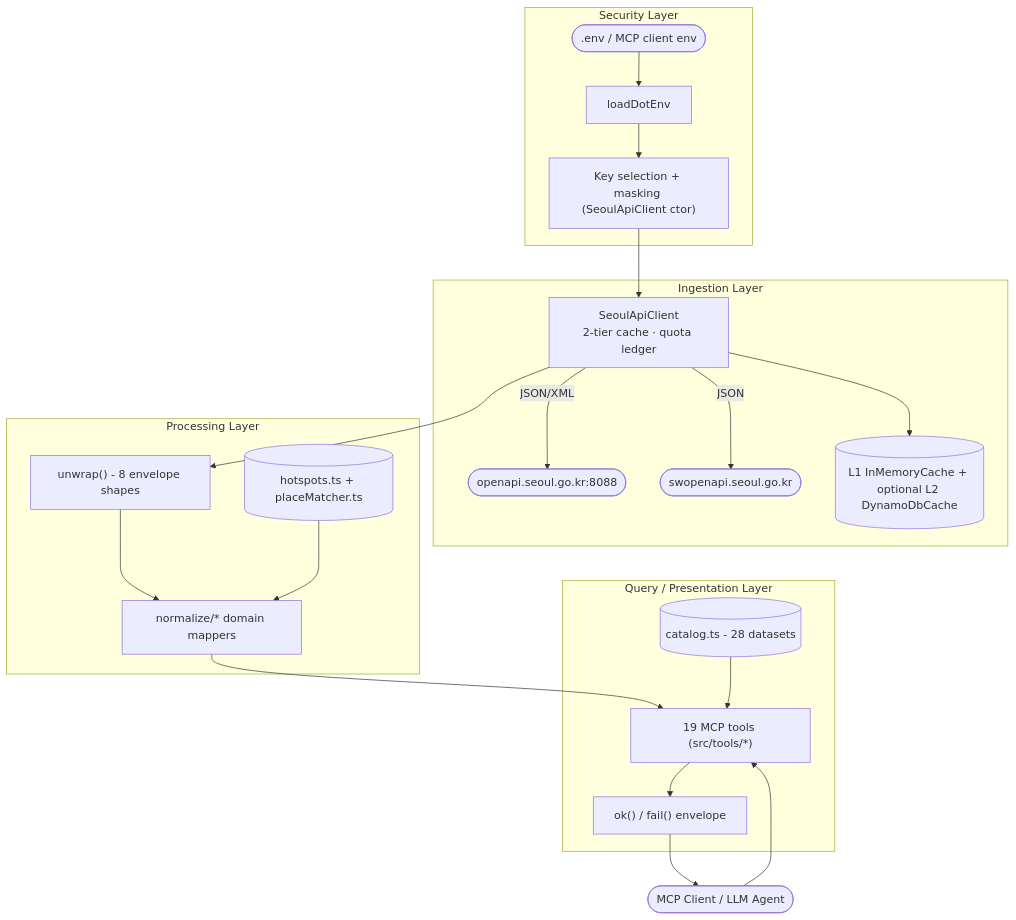
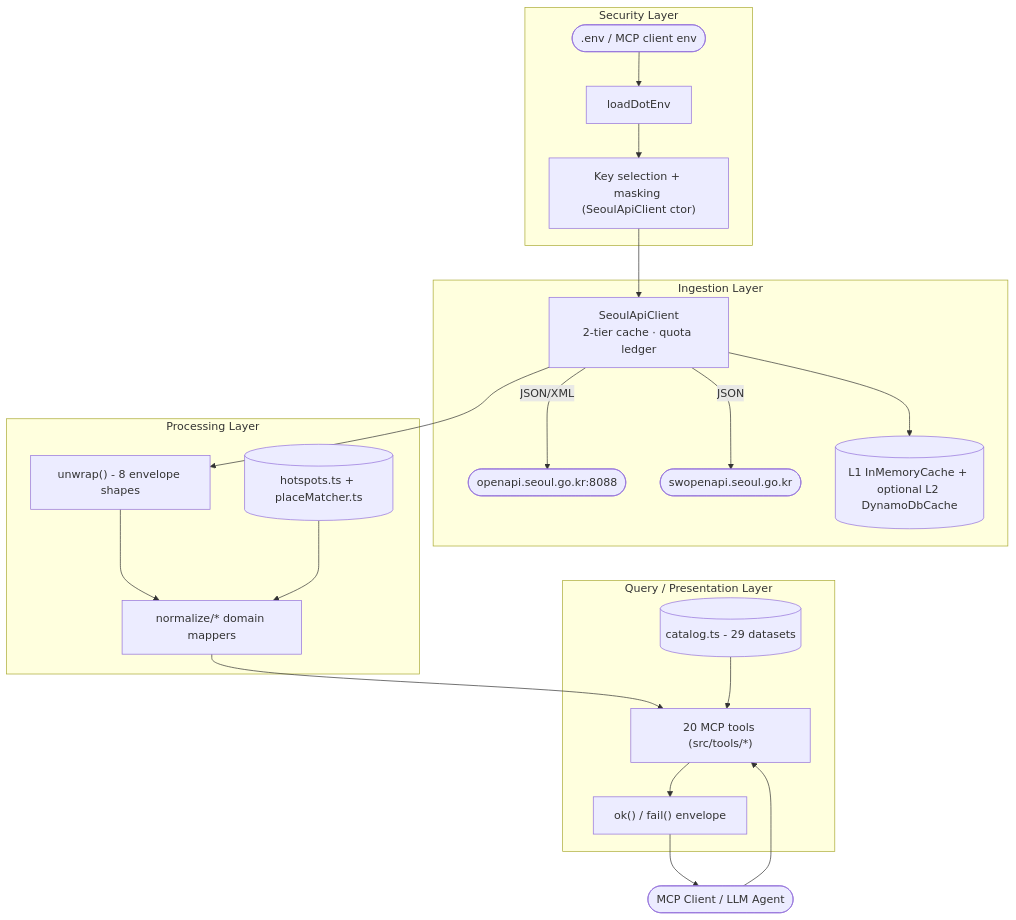
Before and after one commit to whchoi98/seoul-opendata-mcp: the first of 4 diagrams in docs/architecture.md, drawn with Mermaid. The commit also changed other lines of this file and 47 other files, not shown here.

````diff
--- a/docs/architecture.md
+++ b/docs/architecture.md
@@ -50,30 +50,30 @@
 ```mermaid
 flowchart TB
   subgraph security[Security Layer]
     ENVFILE([".env / MCP client env"]) --> LOADENV[loadDotEnv]
     LOADENV --> KEYSEL["Key selection + masking (SeoulApiClient ctor)"]
   end
   subgraph ingestion[Ingestion Layer]
     KEYSEL --> CLIENT["SeoulApiClient<br/>2-tier cache · quota ledger"]
     CLIENT -->|"JSON/XML"| OPENAPI(["openapi.seoul.go.kr:8088"])
     CLIENT -->|"JSON"| SUBWAYAPI(["swopenapi.seoul.go.kr"])
     CLIENT --> CACHE[("L1 InMemoryCache + optional L2 DynamoDbCache")]
   end
   subgraph processing[Processing Layer]
     UNWRAP["unwrap() - 8 envelope shapes"]
     NORMALIZE["normalize/* domain mappers"]
     HOTSPOTS[("hotspots.ts + placeMatcher.ts")]
     CLIENT --> UNWRAP --> NORMALIZE
     HOTSPOTS --> NORMALIZE
   end
   subgraph query[Query / Presentation Layer]
-    TOOLS["19 MCP tools (src/tools/*)"]
+    TOOLS["20 MCP tools (src/tools/*)"]
     ENVELOPE["ok() / fail() envelope"]
-    CATALOG[("catalog.ts - 28 datasets")]
+    CATALOG[("catalog.ts - 29 datasets")]
     NORMALIZE --> TOOLS
     CATALOG --> TOOLS
     TOOLS --> ENVELOPE
   end
   AGENT(["MCP Client / LLM Agent"]) --> TOOLS
   ENVELOPE --> AGENT
 ```
````
